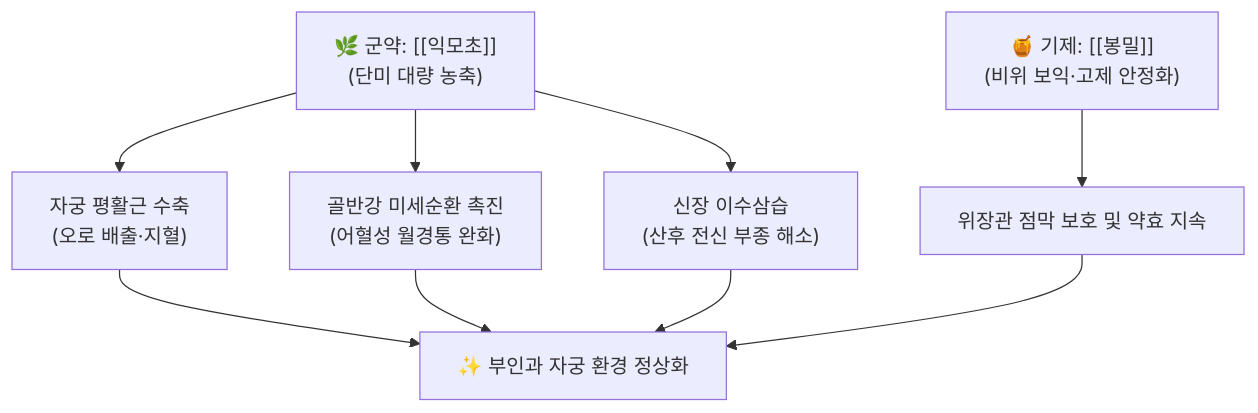
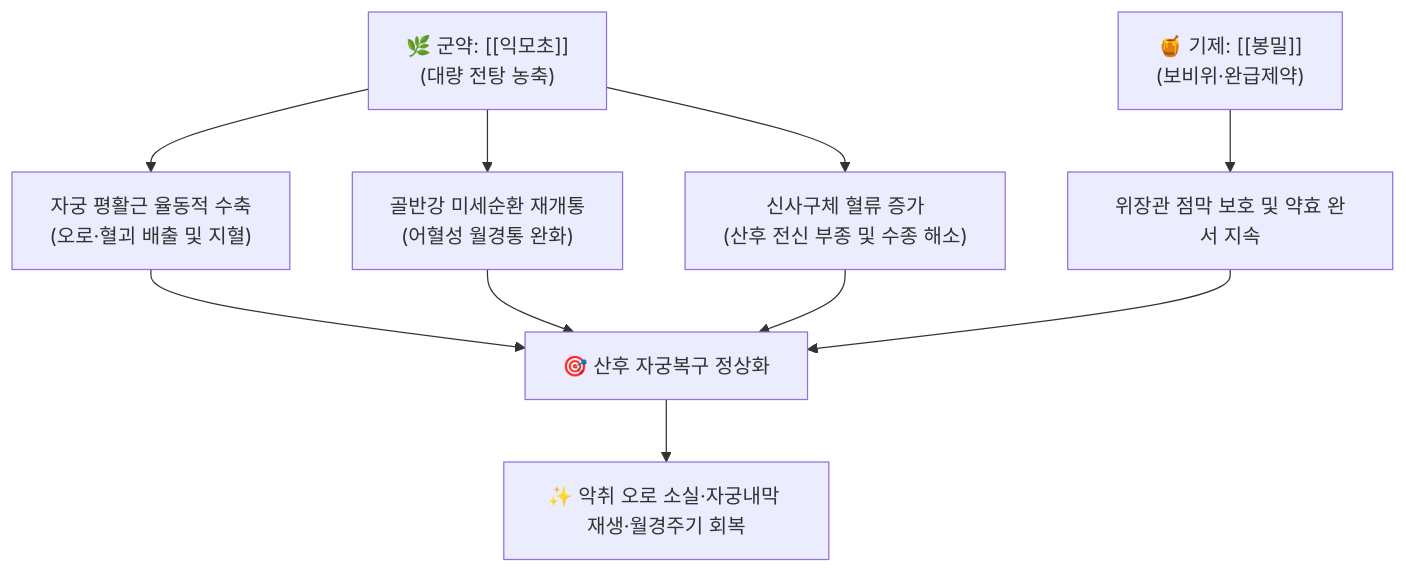
The diagram in content/2. 약리 공부/처방/05_활혈거어·지혈제/익모초고.md (simbio11/simbio-digital-garden2), drawn with Mermaid before and after one commit. The commit also changed other lines of this file and 248 other files, not shown here.

````diff
--- a/content/2. 약리 공부/처방/05_활혈거어·지혈제/익모초고.md
+++ b/content/2. 약리 공부/처방/05_활혈거어·지혈제/익모초고.md
@@ -36,11 +56,12 @@
 ```mermaid
 graph TD
-    Herb["🌿 군약: [[익모초]]<br>(단미 대량 농축)"] --> Action1["자궁 평활근 수축<br>(오로 배출·지혈)"]
-    Herb --> Action2["골반강 미세순환 촉진<br>(어혈성 월경통 완화)"]
-    Herb --> Action3["신장 이수삼습<br>(산후 전신 부종 해소)"]
-    Base["🍯 기제: [[봉밀]]<br>(비위 보익·고제 안정화)"] --> Mod["위장관 점막 보호 및 약효 지속"]
-    Action1 --> Outcome["✨ 부인과 자궁 환경 정상화"]
-    Action2 --> Outcome
-    Action3 --> Outcome
-    Mod --> Outcome
+    Herb["🌿 군약: [[익모초]]<br>(대량 전탕 농축)"] --> A1["자궁 평활근 율동적 수축<br>(오로·혈괴 배출 및 지혈)"]
+    Herb --> A2["골반강 미세순환 재개통<br>(어혈성 월경통 완화)"]
+    Herb --> A3["신사구체 혈류 증가<br>(산후 전신 부종 및 수종 해소)"]
+    Base["🍯 기제: [[봉밀]]<br>(보비위·완급제약)"] --> Mod["위장관 점막 보호 및 약효 완서 지속"]
+    A1 --> Target["🎯 산후 자궁복구 정상화"]
+    A2 --> Target
+    A3 --> Target
+    Mod --> Target
+    Target --> Outcome["✨ 악취 오로 소실·자궁내막 재생·월경주기 회복"]
 ```
````
